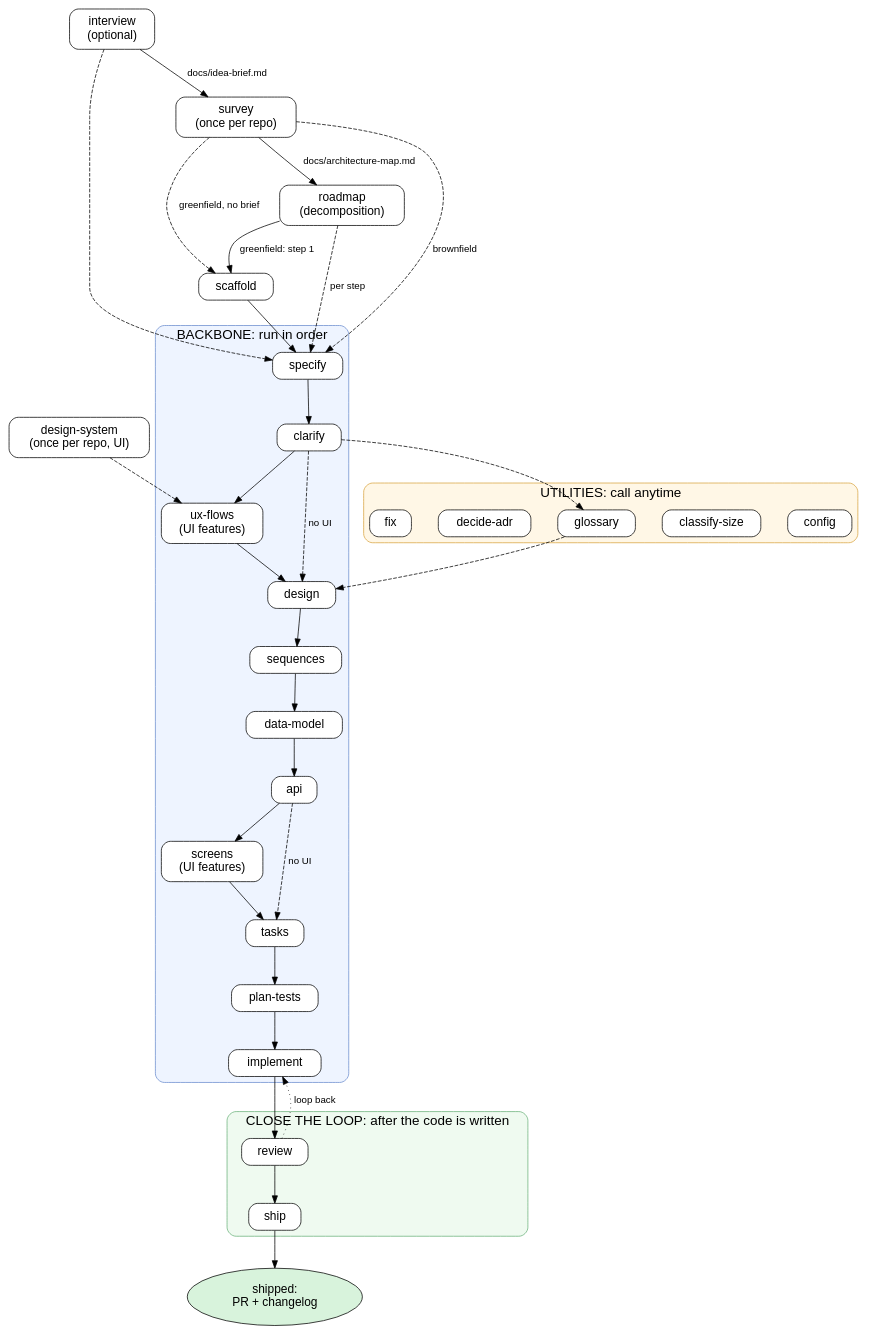
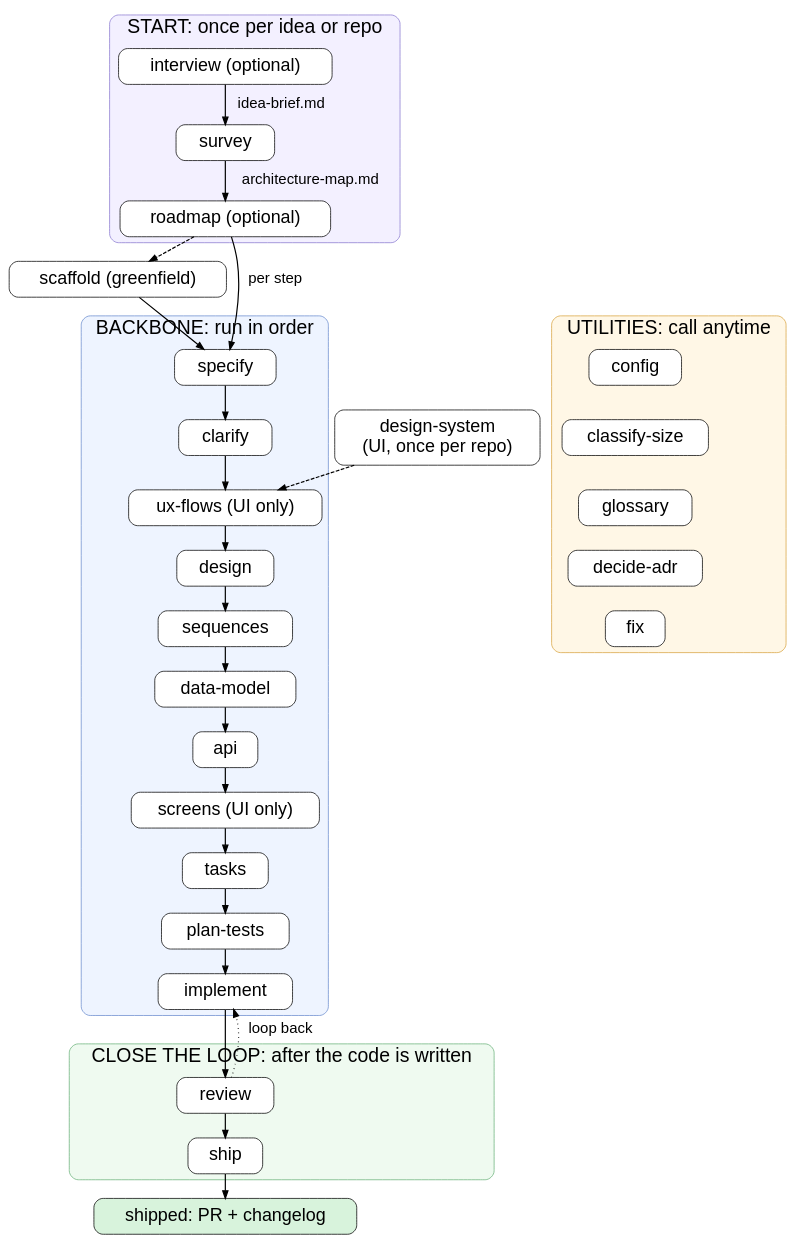
The diagram in docs/flow.dot (draarivpatel-ui/sdd), drawn with Graphviz before and after one commit. The commit also changed 1 other file, not shown here.

Commit message:
docs: simplify the flow diagram, bigger text

```diff
--- a/docs/flow.dot
+++ b/docs/flow.dot
@@ -1,61 +1,58 @@
 // The SDD flow: backbone (run in order), utilities (call anytime), close the loop.
 // Render: dot -Tsvg docs/flow.dot -o docs/flow.svg
 digraph sdd {
   rankdir=TB;
-  nodesep=0.5; ranksep=0.7;
-  fontname="Helvetica"; fontsize=18;
-  node  [shape=box, style="rounded,filled", fillcolor="#ffffff", fontname="Helvetica", fontsize=16, margin="0.25,0.12"];
-  edge  [fontname="Helvetica", fontsize=13];
+  nodesep=0.4; ranksep=0.45; newrank=true;
+  fontname="Helvetica"; fontsize=26;
+  node [shape=box, style="rounded,filled", fillcolor="#ffffff", fontname="Helvetica", fontsize=24, margin="0.35,0.15"];
+  edge [fontname="Helvetica", fontsize=20, penwidth=1.6];
 
-  // --- entry skills, once per idea / repo ---
-  interview   [label="interview\n(optional)"];
-  survey      [label="survey\n(once per repo)"];
-  roadmap     [label="roadmap\n(decomposition)"];
-  scaffold    [label="scaffold"];
-  designsys   [label="design-system\n(once per repo, UI)"];
+  // entry: once per idea / repo
+  subgraph cluster_entry {
+    label="START: once per idea or repo"; labeljust=l;
+    style="rounded,filled"; fillcolor="#f3f0ff"; color="#8b7bd0";
+    interview [label="interview (optional)"];
+    survey    [label="survey"];
+    roadmap   [label="roadmap (optional)"];
+    interview -> survey [label="  idea-brief.md"];
+    survey -> roadmap   [label="  architecture-map.md"];
+  }
+  scaffold [label="scaffold (greenfield)"];
+  roadmap -> scaffold [style=dashed];
+  roadmap -> specify  [label="  per step"];
+  scaffold -> specify;
 
-  interview -> survey  [label="docs/idea-brief.md"];
-  survey    -> roadmap [label="docs/architecture-map.md"];
-  roadmap   -> scaffold [label="greenfield: step 1"];
-  survey    -> scaffold [style=dashed, label="greenfield, no brief"];
-  scaffold  -> specify;
-  roadmap   -> specify  [style=dashed, label="per step"];
-  interview -> specify  [style=dashed];
-  survey    -> specify  [style=dashed, label="brownfield"];
-  designsys -> "ux-flows" [style=dashed];
-
-  // --- backbone ---
+  // backbone: one straight line
   subgraph cluster_backbone {
-    label="BACKBONE: run in order";
+    label="BACKBONE: run in order"; labeljust=l;
     style="rounded,filled"; fillcolor="#eef4ff"; color="#6b8cce";
-
-    specify; clarify; "ux-flows" [label="ux-flows\n(UI features)"];
-    design; sequences; "data-model"; api;
-    screens [label="screens\n(UI features)"];
-    tasks; "plan-tests"; implement;
-
-    specify -> clarify -> "ux-flows" -> design -> sequences -> "data-model" -> api -> screens -> tasks -> "plan-tests" -> implement;
-    clarify -> design [style=dashed, label="no UI"];
-    api     -> tasks  [style=dashed, label="no UI"];
+    specify; clarify;
+    uxflows [label="ux-flows (UI only)"];
+    design; sequences; datamodel [label="data-model"]; api;
+    screens [label="screens (UI only)"];
+    tasks; plantests [label="plan-tests"]; implement;
+    specify -> clarify -> uxflows -> design -> sequences -> datamodel -> api -> screens -> tasks -> plantests -> implement;
   }
 
-  // --- close the loop ---
+  // close the loop
   subgraph cluster_close {
-    label="CLOSE THE LOOP: after the code is written";
+    label="CLOSE THE LOOP: after the code is written"; labeljust=l;
     style="rounded,filled"; fillcolor="#effaf0"; color="#6bb27a";
     review; ship;
   }
   implement -> review -> ship;
-  review -> implement [style=dotted, constraint=false, label="loop back"];
-  done [label="shipped:\nPR + changelog", shape=oval, fillcolor="#d8f3dc"];
+  review -> implement [style=dotted, constraint=false, label="  loop back"];
+  done [label="shipped: PR + changelog", shape=box, style="rounded,filled", fillcolor="#d8f3dc"];
   ship -> done;
 
-  // --- utilities ---
+  // utilities: call anytime, beside the backbone
   subgraph cluster_util {
-    label="UTILITIES: call anytime";
+    label="UTILITIES: call anytime"; labeljust=l;
     style="rounded,filled"; fillcolor="#fff7e6"; color="#d9a441";
-    config; "classify-size"; glossary; "decide-adr"; fix;
+    config; classifysize [label="classify-size"]; glossary; decideadr [label="decide-adr"]; fix;
+    config -> classifysize -> glossary -> decideadr -> fix [style=invis];
   }
-  clarify  -> glossary [style=dashed];
-  glossary -> design   [style=dashed];
+  designsys [label="design-system\n(UI, once per repo)"];
+  designsys -> uxflows [style=dashed];
+  { rank=same; specify; config; }
 }
```
